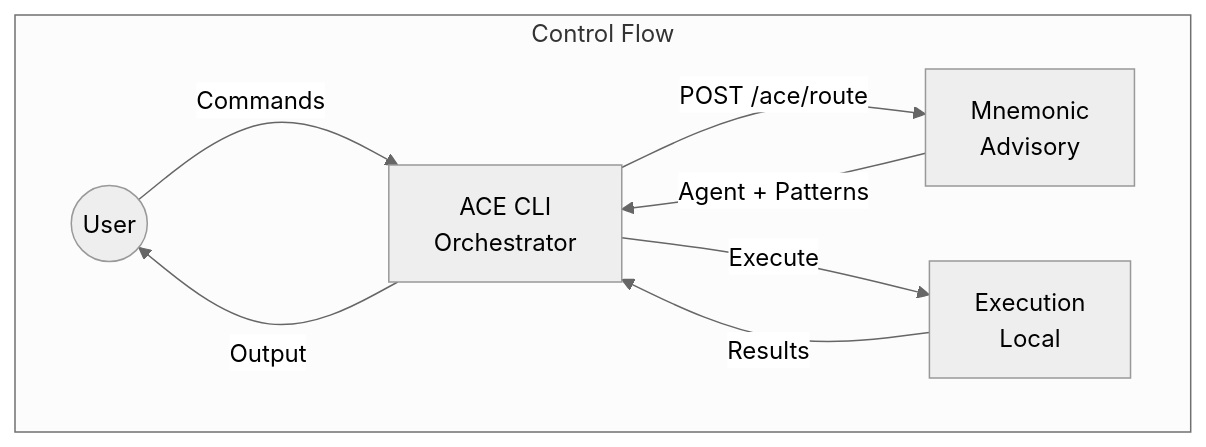
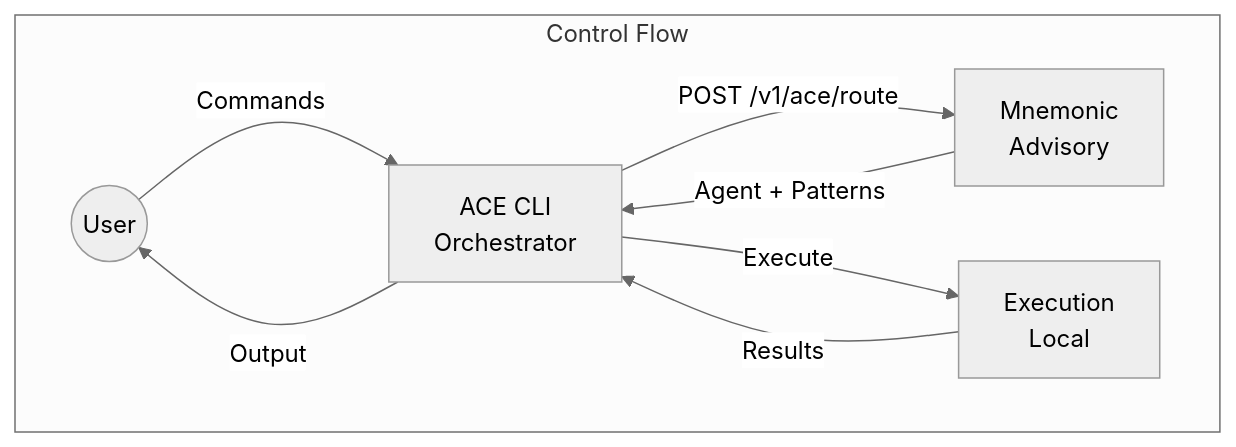
One commit to twistingmercury/mnemonic-mcp changed the fifth of 6 diagrams in docs/architecture/03-system-architecture.md. Above: the diagram before and after it, drawn with Mermaid (neutral theme). The commit also changed other lines of this file and 14 other files, not shown here.

Commit message:
docs reviewed for consistency. Need to spec out ACE cli

````diff
--- a/docs/architecture/03-system-architecture.md
+++ b/docs/architecture/03-system-architecture.md
@@ -180,16 +180,16 @@
 ```mermaid
 graph TB
     subgraph "Control Flow"
         USER((User))
         CLI[ACE CLI<br/>Orchestrator]
         MN[Mnemonic<br/>Advisory]
         EXEC[Execution<br/>Local]
     end
 
     USER -->|"Commands"| CLI
-    CLI -->|"POST /ace/route"| MN
+    CLI -->|"POST /v1/ace/route"| MN
     MN -->|"Agent + Patterns"| CLI
     CLI -->|"Execute"| EXEC
     EXEC -->|"Results"| CLI
     CLI -->|"Output"| USER
 ```
````
